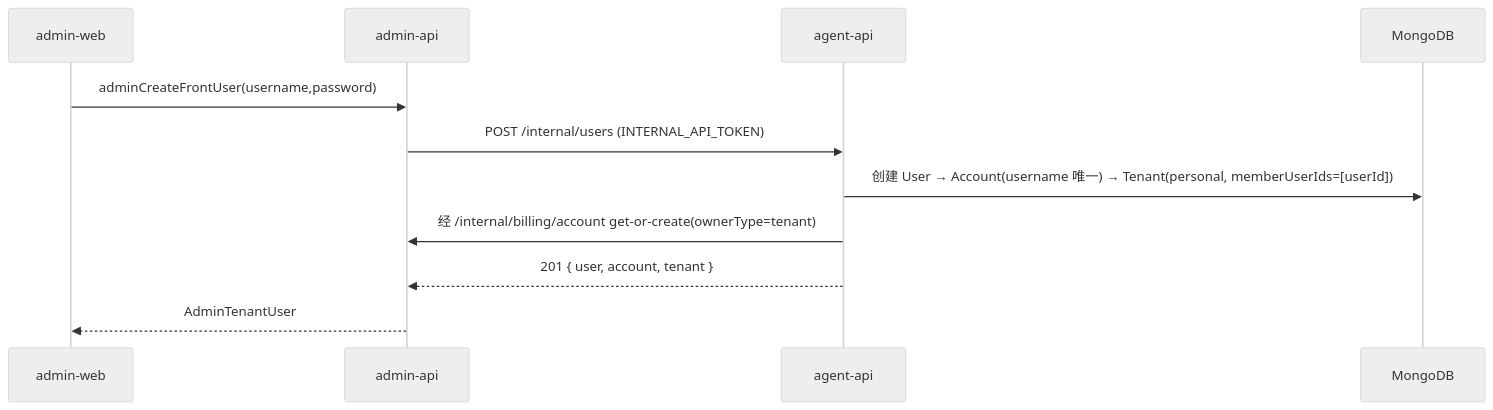
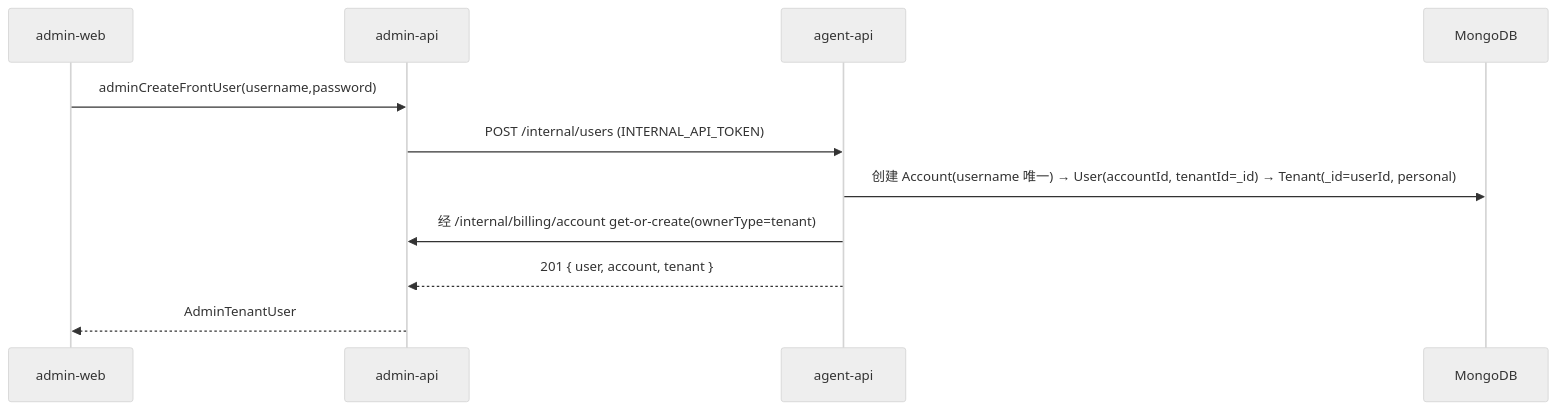
Before and after one commit to Deliay/z-agent-gear: the fifth of 6 diagrams in docs/engineering/proposals/20261027-feat-multi-tenant-phase1.md, drawn with Mermaid (neutral theme). The commit also changed other lines of this file and 3 other files, not shown here.

````diff
--- a/docs/engineering/proposals/20261027-feat-multi-tenant-phase1.md
+++ b/docs/engineering/proposals/20261027-feat-multi-tenant-phase1.md
@@ -351,13 +364,13 @@
 ```mermaid
 sequenceDiagram
     participant AD as admin-web
     participant AA as admin-api
     participant AG as agent-api
     participant D as MongoDB
     AD->>AA: adminCreateFrontUser(username,password)
     AA->>AG: POST /internal/users (INTERNAL_API_TOKEN)
-    AG->>D: 创建 User → Account(username 唯一) → Tenant(personal, memberUserIds=[userId])
+    AG->>D: 创建 Account(username 唯一) → User(accountId, tenantId=_id) → Tenant(_id=userId, personal)
     AG->>AA: 经 /internal/billing/account get-or-create(ownerType=tenant)
     AG-->>AA: 201 { user, account, tenant }
     AA-->>AD: AdminTenantUser
 ```
````
